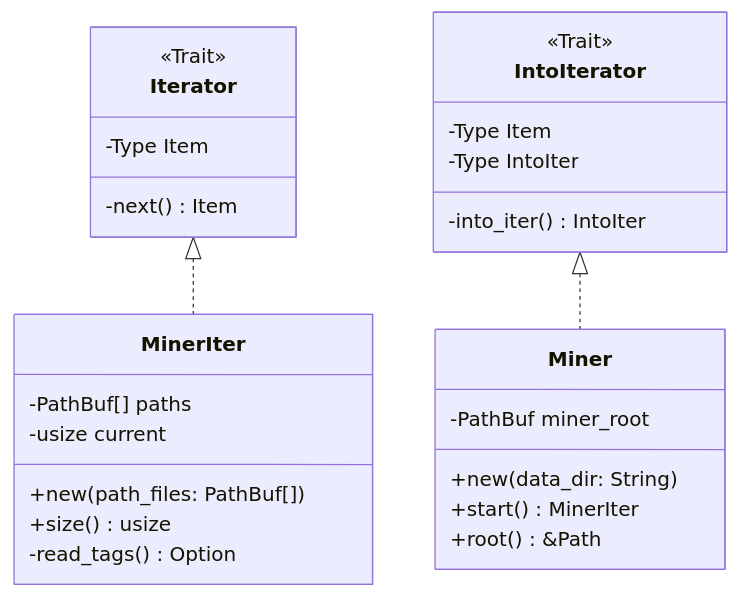
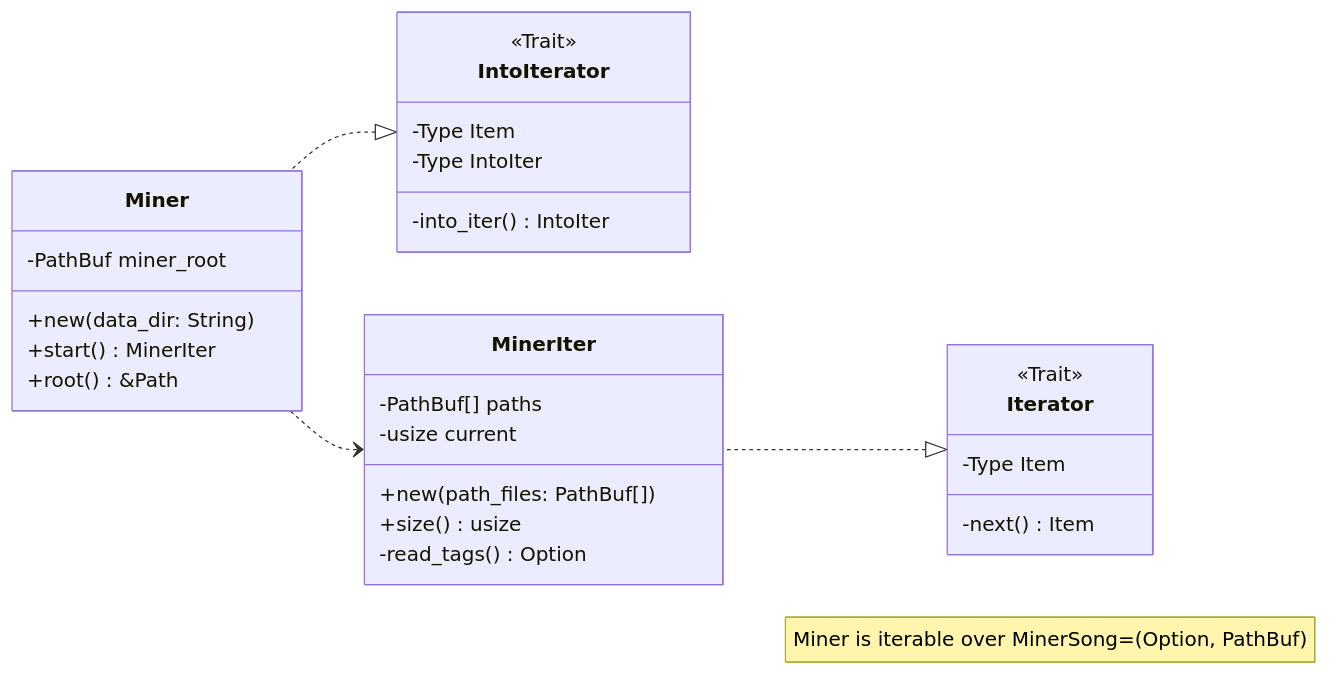
The third of 4 diagrams in doc/DESIGN.md (hdvvaldes/MP3Interface), drawn with Mermaid before and after one commit. The commit also changed other lines of this file, not shown here.

Commit message:
documentation mroe

````diff
--- a/doc/DESIGN.md
+++ b/doc/DESIGN.md
@@ -69,33 +69,37 @@
 ```mermaid
 classDiagram
+direction RL
+    note "Miner is iterable over MinerSong=(Option<Song>, PathBuf)"
     Iterator <|.. MinerIter
     IntoIterator <|.. Miner
+    MinerIter <.. Miner
+    
 
-    class Miner~Song~ {
+    class Miner {
         -PathBuf miner_root 
         +new(data_dir: String)
         +start() MinerIter
         +root() &Path
     }
 
-    class MinerIter~Result~ {
+    class MinerIter {
         -PathBuf[] paths
         -usize current
         +new(path_files: PathBuf[])
         +size() usize
         -read_tags() Option<Song>
     }
     
     class IntoIterator{
         <<Trait>>
         -Type Item 
         -Type IntoIter
         -into_iter() IntoIter
     }
 
     class Iterator {
         <<Trait>>  
         -Type Item
         -next() Item
     }
 ```
````
